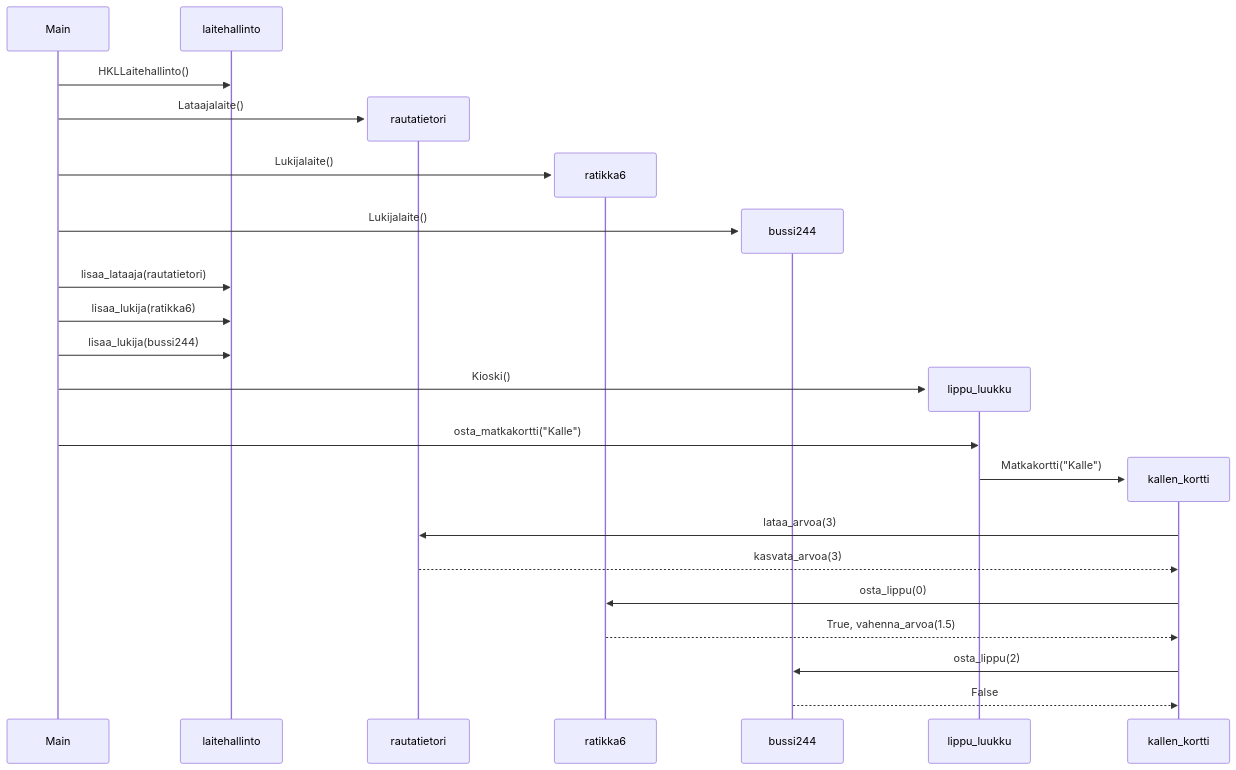
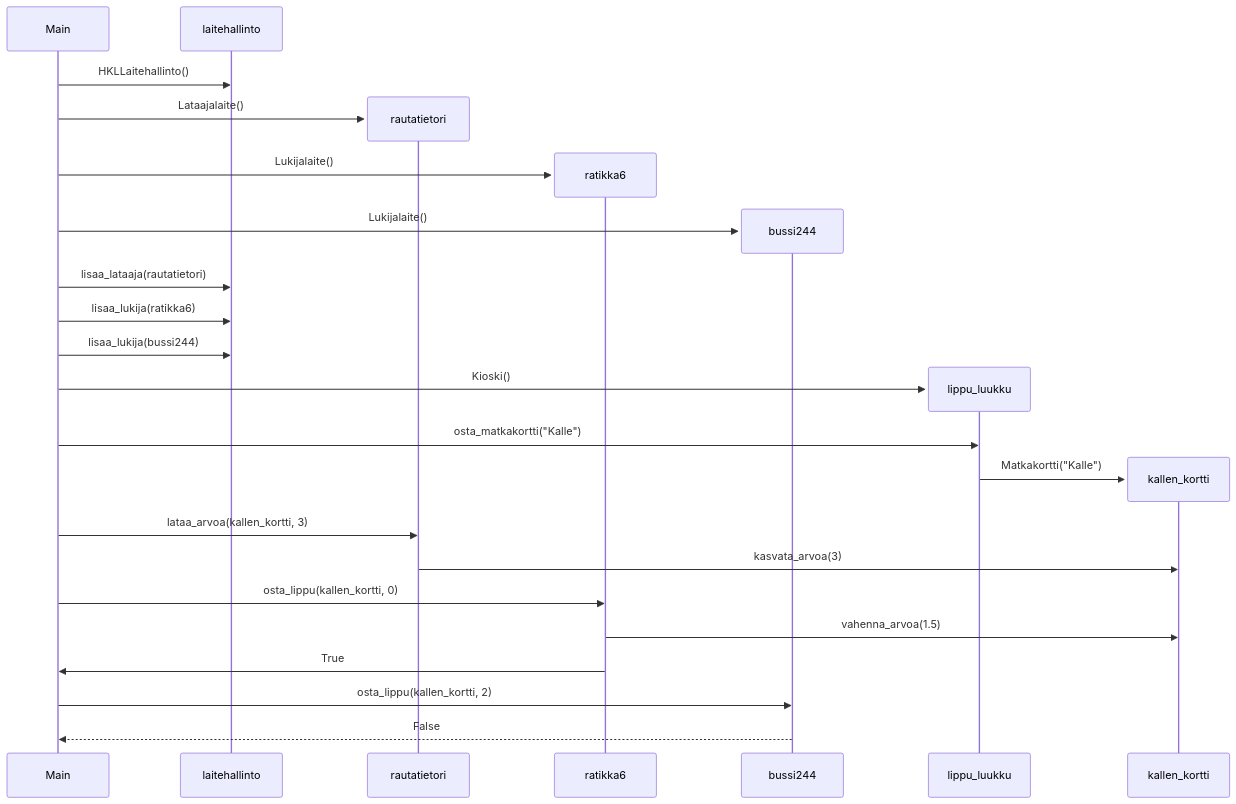
Before and after one commit to MatiasS717/Sportstracker: the diagram in laskarit/viikko3/HSL-sekvenssikaavio.md, drawn with Mermaid.

Commit message:
More changes on HSL

````diff
--- a/laskarit/viikko3/HSL-sekvenssikaavio.md
+++ b/laskarit/viikko3/HSL-sekvenssikaavio.md
@@ -3,26 +3,27 @@
 ```mermaid
 sequenceDiagram
   participant Main
   participant laitehallinto
   Main->>laitehallinto: HKLLaitehallinto()
   create participant rautatietori
   Main->>rautatietori: Lataajalaite()
   create participant ratikka6
   Main->>ratikka6: Lukijalaite()
   create participant bussi244
   Main->>bussi244: Lukijalaite()
   Main->>laitehallinto: lisaa_lataaja(rautatietori)
   Main->>laitehallinto: lisaa_lukija(ratikka6)
   Main->>laitehallinto: lisaa_lukija(bussi244)
   create participant lippu_luukku
   Main->>lippu_luukku: Kioski()
   Main->>lippu_luukku: osta_matkakortti("Kalle")
   create participant kallen_kortti
   lippu_luukku->>kallen_kortti: Matkakortti("Kalle")
-  kallen_kortti->>rautatietori: lataa_arvoa(3)
-  rautatietori-->>kallen_kortti: kasvata_arvoa(3)
-  kallen_kortti->>ratikka6: osta_lippu(0)
-  ratikka6-->>kallen_kortti: True, vahenna_arvoa(1.5)
-  kallen_kortti->>bussi244: osta_lippu(2)
-  bussi244-->>kallen_kortti: False
+  Main->>rautatietori: lataa_arvoa(kallen_kortti, 3)
+  rautatietori->>kallen_kortti: kasvata_arvoa(3)
+  Main->>ratikka6: osta_lippu(kallen_kortti, 0)
+  ratikka6->>kallen_kortti: vahenna_arvoa(1.5)
+  ratikka6->>Main: True
+  Main->>bussi244: osta_lippu(kallen_kortti, 2)
+  bussi244-->>Main: False
 ```
````
